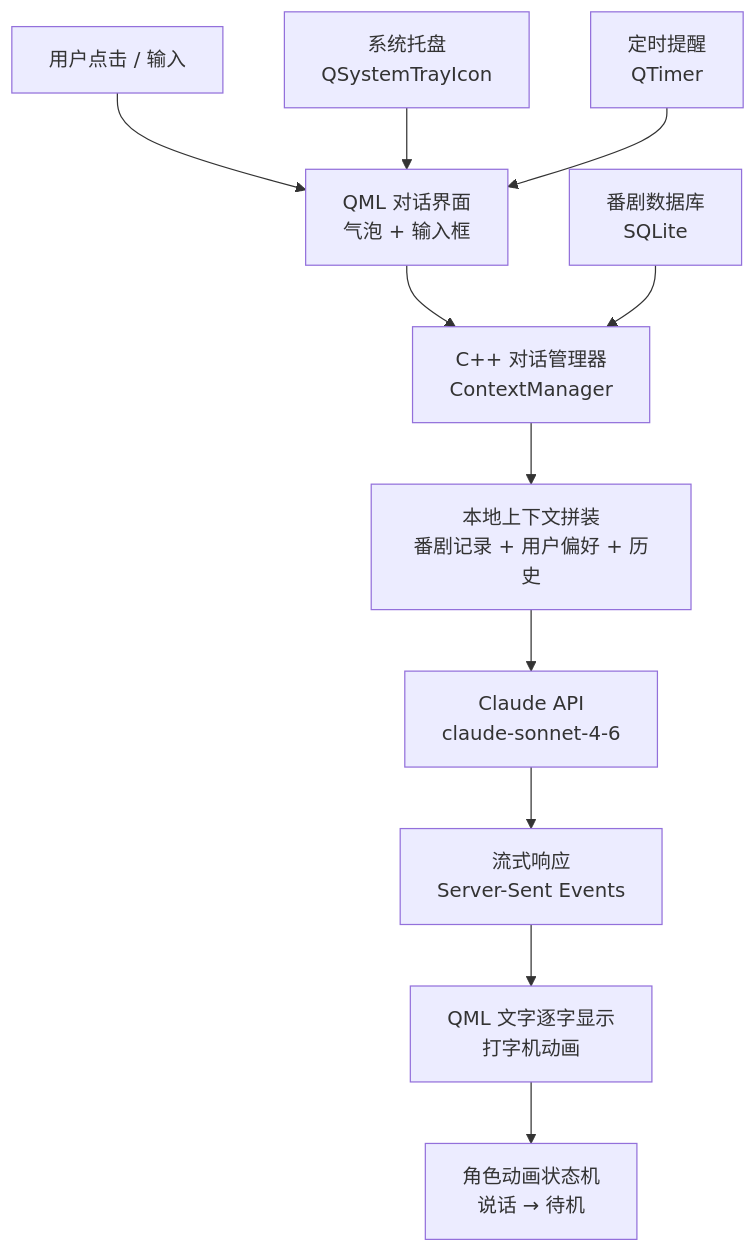
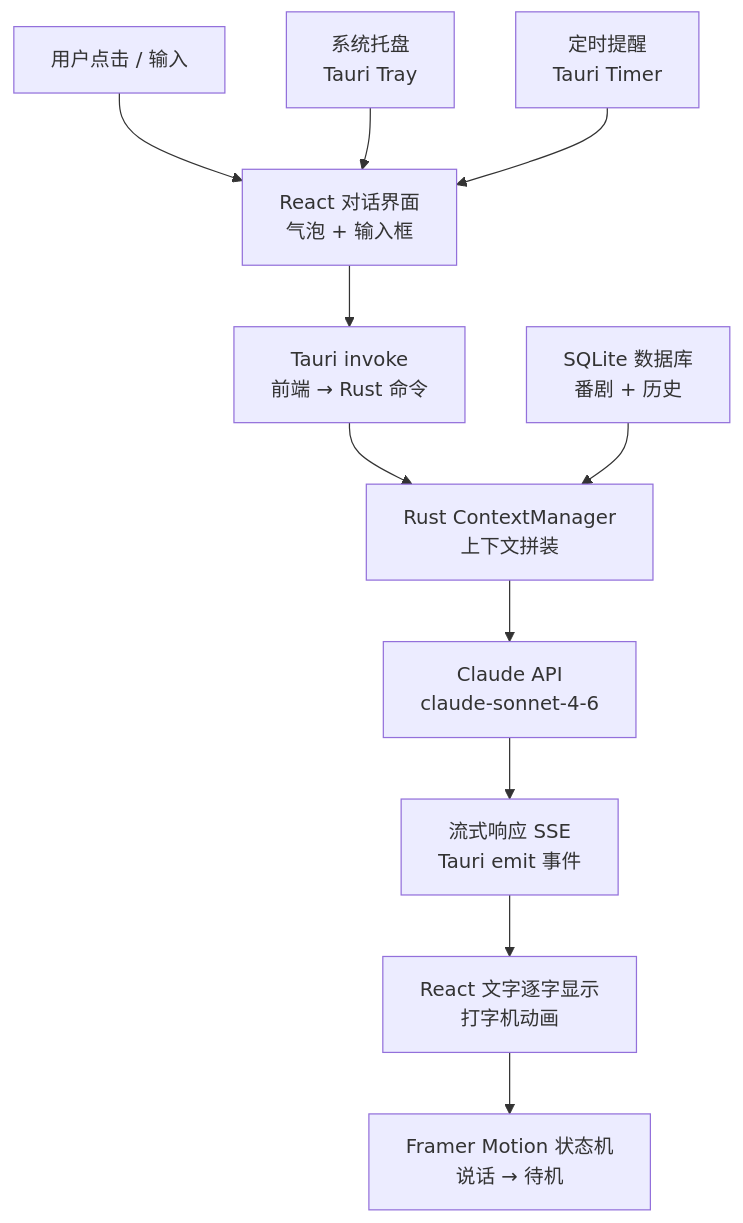
Before and after one commit to kok-s0s/job_: the first of 2 diagrams in projects/desktop_ai_companion.md, drawn with Mermaid. The commit also changed other lines of this file and 1 other file, not shown here.

First line of the commit message:
feat: add anime-companion Tauri submodule, update tech stack in README

````diff
--- a/projects/desktop_ai_companion.md
+++ b/projects/desktop_ai_companion.md
@@ -28,14 +29,14 @@
 ```mermaid
 graph TD
-    A[用户点击 / 输入] --> B[QML 对话界面\n气泡 + 输入框]
-    B --> C[C++ 对话管理器\nContextManager]
-    C --> D[本地上下文拼装\n番剧记录 + 用户偏好 + 历史]
+    A[用户点击 / 输入] --> B[React 对话界面\n气泡 + 输入框]
+    B --> C[Tauri invoke\n前端 → Rust 命令]
+    C --> D[Rust ContextManager\n上下文拼装]
     D --> E[Claude API\nclaude-sonnet-4-6]
-    E --> F[流式响应\nServer-Sent Events]
-    F --> G[QML 文字逐字显示\n打字机动画]
-    G --> H[角色动画状态机\n说话 → 待机]
+    E --> F[流式响应 SSE\nTauri emit 事件]
+    F --> G[React 文字逐字显示\n打字机动画]
+    G --> H[Framer Motion 状态机\n说话 → 待机]
 
-    I[番剧数据库\nSQLite] --> C
-    J[系统托盘\nQSystemTrayIcon] --> B
-    K[定时提醒\nQTimer] --> B
+    I[SQLite 数据库\n番剧 + 历史] --> D
+    J[系统托盘\nTauri Tray] --> B
+    K[定时提醒\nTauri Timer] --> B
 ```
````
